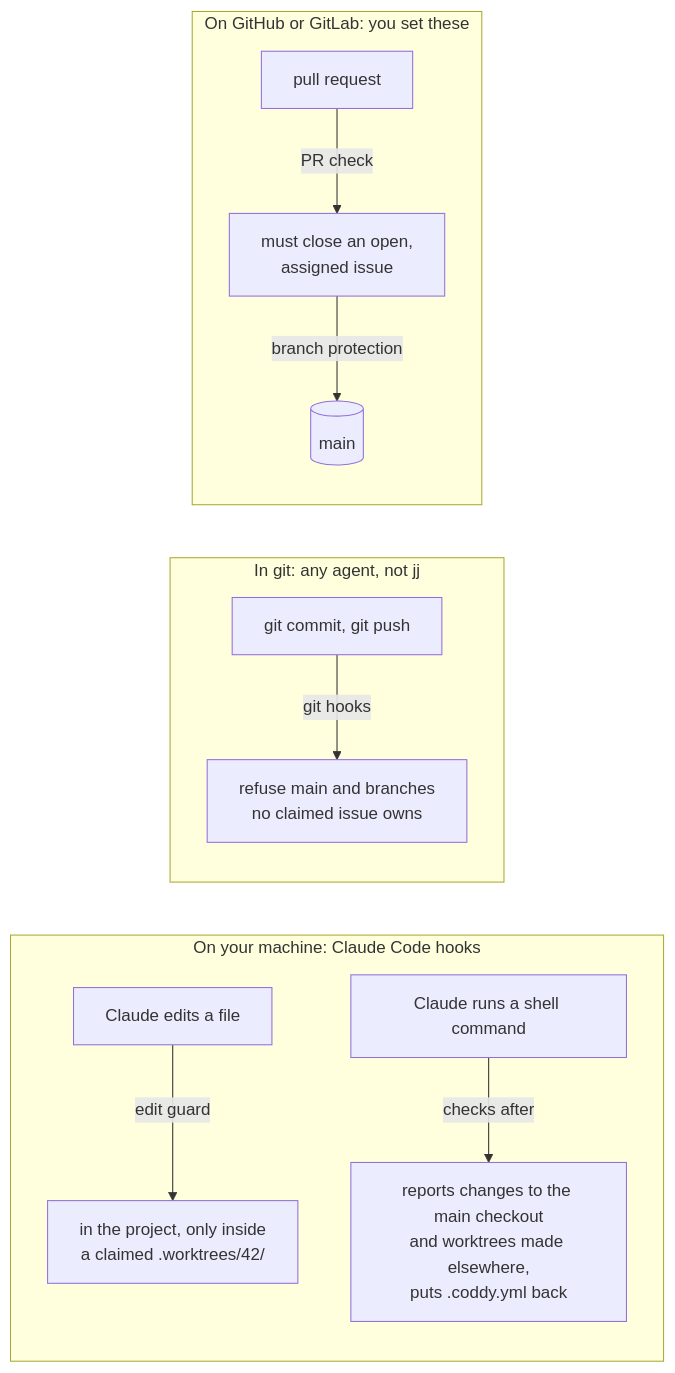
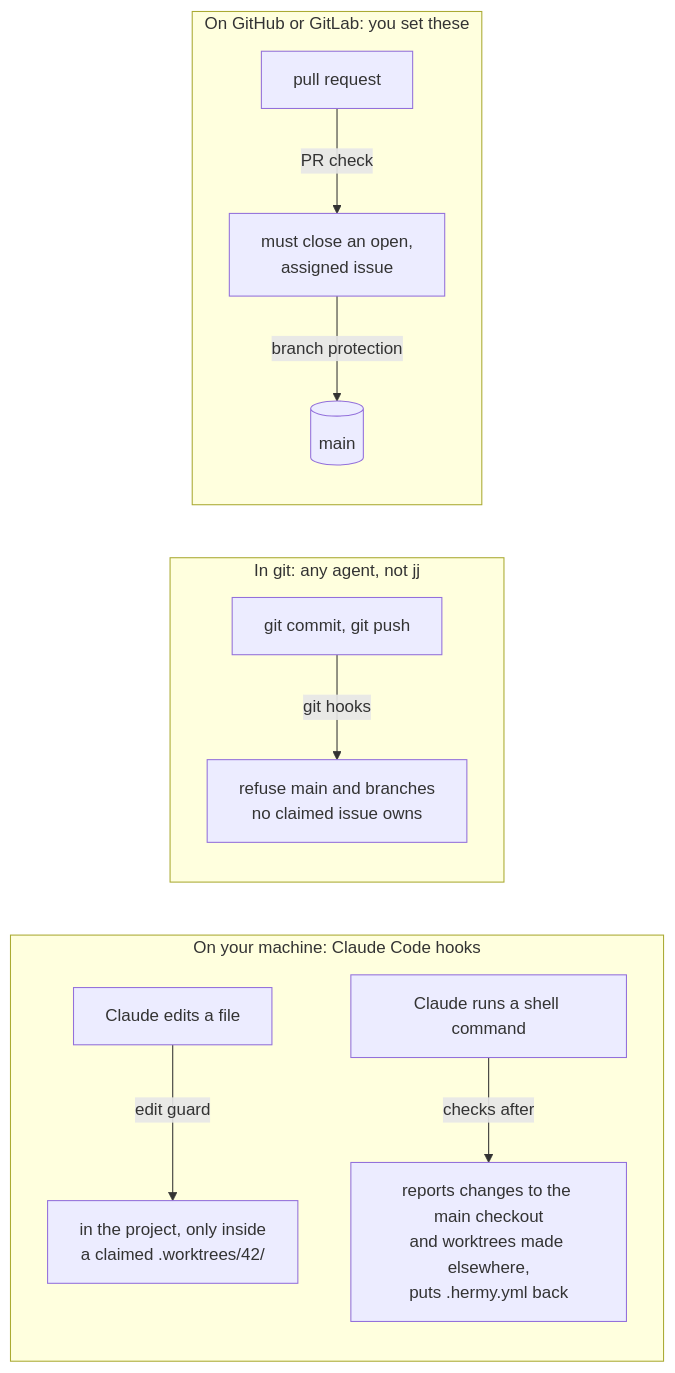
The diagram in docs/enforcement.md (mnsami/coddy), drawn with Mermaid before and after one commit. The commit also changed other lines of this file and 57 other files, not shown here.

Commit message:
feat: rename coddy to hermy across the tree (#463)

````diff
--- a/docs/enforcement.md
+++ b/docs/enforcement.md
@@ -6,14 +6,14 @@
 ```mermaid
 flowchart LR
   subgraph L["On your machine: Claude Code hooks"]
     e["Claude edits a file"] -->|edit guard| e2["in the project, only inside<br/>a claimed .worktrees/42/"]
-    s["Claude runs a shell command"] -->|checks after| s3["reports changes to the main checkout<br/>and worktrees made elsewhere,<br/>puts .coddy.yml back"]
+    s["Claude runs a shell command"] -->|checks after| s3["reports changes to the main checkout<br/>and worktrees made elsewhere,<br/>puts .hermy.yml back"]
   end
   subgraph G["In git: any agent, not jj"]
     c["git commit, git push"] -->|git hooks| c2["refuse main and branches<br/>no claimed issue owns"]
   end
   subgraph R["On GitHub or GitLab: you set these"]
     p["pull request"] -->|PR check| p2["must close an open,<br/>assigned issue"]
     p2 -->|branch protection| m[("main")]
   end
 ```
````
